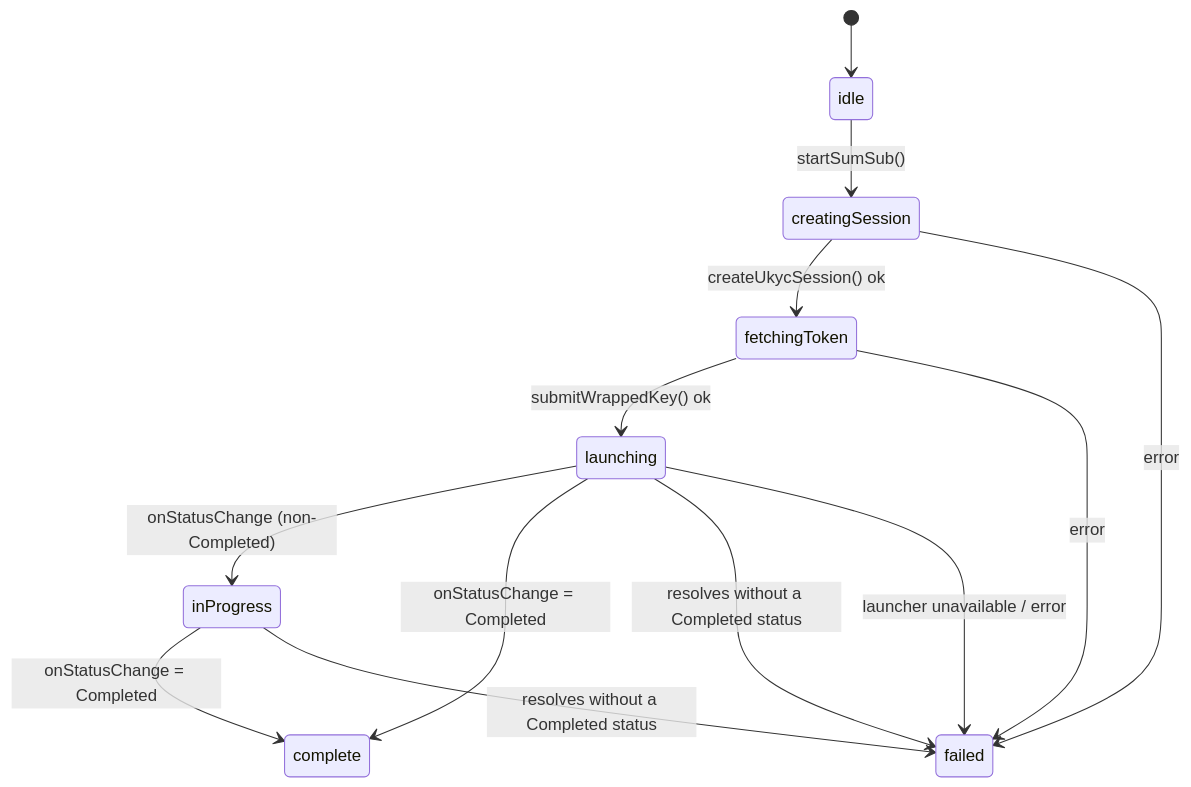
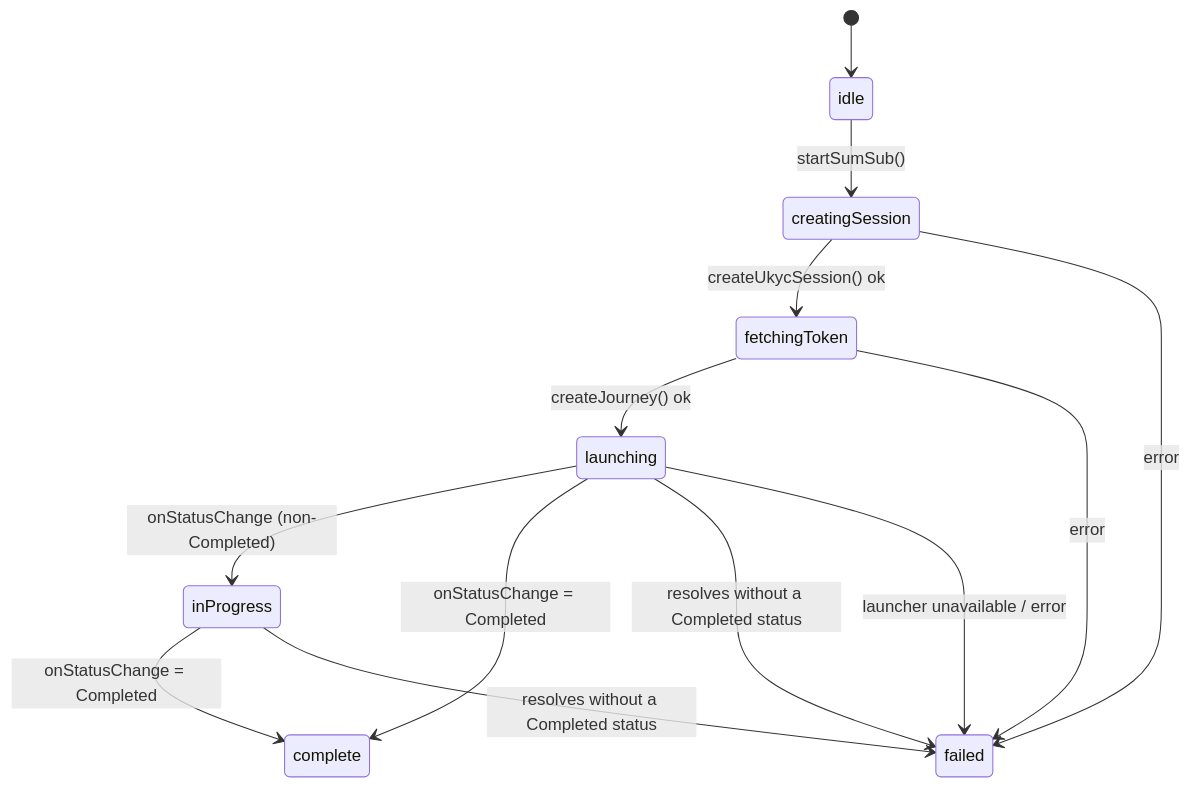
Before and after one commit to MetaMask/core: the seventh of 10 diagrams in packages/kyc-controller/README.md, drawn with Mermaid. The commit also changed other lines of this file and 3 other files, not shown here.

Commit message:
rename fetchApplicantAccessToken to createJourney

````diff
--- a/packages/kyc-controller/README.md
+++ b/packages/kyc-controller/README.md
@@ -442,15 +442,15 @@
 ```mermaid
 stateDiagram-v2
     [*] --> idle
     idle --> creatingSession : startSumSub()
     creatingSession --> fetchingToken : createUkycSession() ok
-    fetchingToken --> launching : submitWrappedKey() ok
+    fetchingToken --> launching : createJourney() ok
     launching --> inProgress : onStatusChange (non-Completed)
     launching --> complete : onStatusChange = Completed
     inProgress --> complete : onStatusChange = Completed
     launching --> failed : resolves without a Completed status
     inProgress --> failed : resolves without a Completed status
     creatingSession --> failed : error
     fetchingToken --> failed : error
     launching --> failed : launcher unavailable / error
 ```
````
